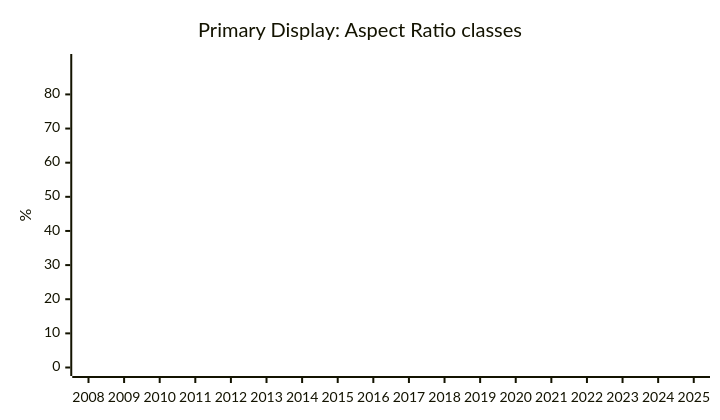
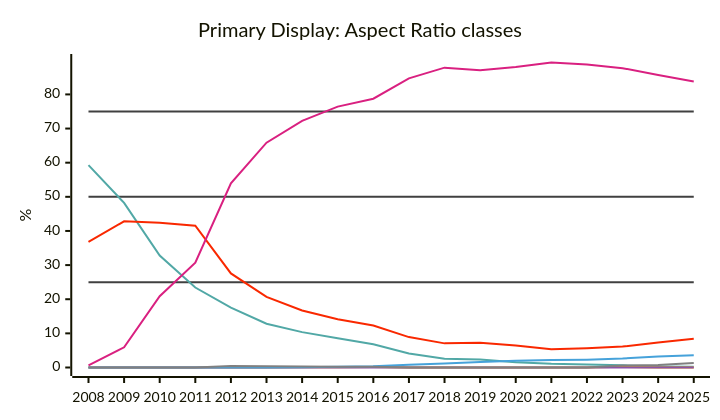
Before and after one commit to jdegene/steamHWsurvey: diagram 16 of 29 in README.md, drawn with Mermaid. The commit also changed other lines of this file and 1 other file, not shown here.

````diff
--- a/README.md
+++ b/README.md
@@ -524,28 +536,28 @@
 ```mermaid
 ---
 config:
     xyChart:
         width: 700
         height: 400
         
     themeVariables:
         xyChart:
-            plotColorPalette: ""#404040,#404040,#404040,#51a8a6,#f9a900,#f92800,#d92080,#8a52a6,#46a2da,#808080"
+            plotColorPalette: "#404040,#404040,#404040,#51a8a6,#f9a900,#f92800,#d92080,#8a52a6,#46a2da,#808080"
 
 --- 
 
 xychart-beta
     title "Primary Display: Aspect Ratio classes"
     x-axis [2008, 2009, 2010, 2011, 2012, 2013, 2014, 2015, 2016, 2017, 2018, 2019, 2020, 2021, 2022, 2023, 2024, 2025]
     y-axis "%" 
  line [25, 25, 25, 25, 25, 25, 25, 25, 25, 25, 25, 25, 25, 25, 25, 25, 25, 25]
  line [50, 50, 50, 50, 50, 50, 50, 50, 50, 50, 50, 50, 50, 50, 50, 50, 50, 50]
  line [75, 75, 75, 75, 75, 75, 75, 75, 75, 75, 75, 75, 75, 75, 75, 75, 75, 75]
     line [59.28, 48.21333333333334, 32.81125, 23.43, 17.553749999999997, 12.828571428571427, 10.359090909090908, 8.599166666666667, 6.7924999999999995, 4.074166666666667, 2.5316666666666667, 2.3383333333333334, 1.5683333333333334, 1.1075, 0.9033333333333332, 0.6291666666666667, 0.32916666666666666, 0.24818181818181817]
     line [0, 0, 0, 0, 0.0, 0, 0.04428571428571428, 0.10666666666666667, 0.175, 0, 0, 0, 0, 0, 0, 0.2, 0, 0]
     line [36.83, 42.82, 42.4075, 41.51857142857143, 27.561249999999998, 20.68857142857143, 16.69, 14.148333333333332, 12.279166666666667, 8.91, 7.07, 7.262499999999999, 6.419999999999999, 5.325833333333333, 5.645, 6.1225000000000005, 7.324166666666667, 8.405454545454544]
     line [0.62, 5.904166666666666, 20.882499999999997, 30.687142857142856, 53.962500000000006, 65.86571428571429, 72.27545454545455, 76.42999999999999, 78.73083333333332, 84.69083333333333, 87.83916666666669, 87.06416666666668, 88.04416666666667, 89.3475, 88.78583333333333, 87.67916666666666, 85.71333333333334, 83.79636363636362]
     line [0, 0, 0, 0, 0.01, 0.008571428571428572, 0.01, 0.01, 0.01, 0, 0, 0, 0, 0, 0, 0, 0, 0]
     line [0, 0, 0, 0, 0, 0.02142857142857143, 0.09363636363636363, 0.2258333333333333, 0.36083333333333334, 0.7966666666666667, 1.1825, 1.5908333333333333, 1.9683333333333335, 2.1933333333333334, 2.305833333333333, 2.625833333333333, 3.1883333333333335, 3.5681818181818183]
     line [0, 0, 0, 0, 0.41875, 0.35285714285714287, 0.2890909090909091, 0.2375, 0.215, 0, 0, 0, 0, 0, 0, 0.5928571428571429, 0.7641666666666668, 1.319090909090909]
 ``` 
````
